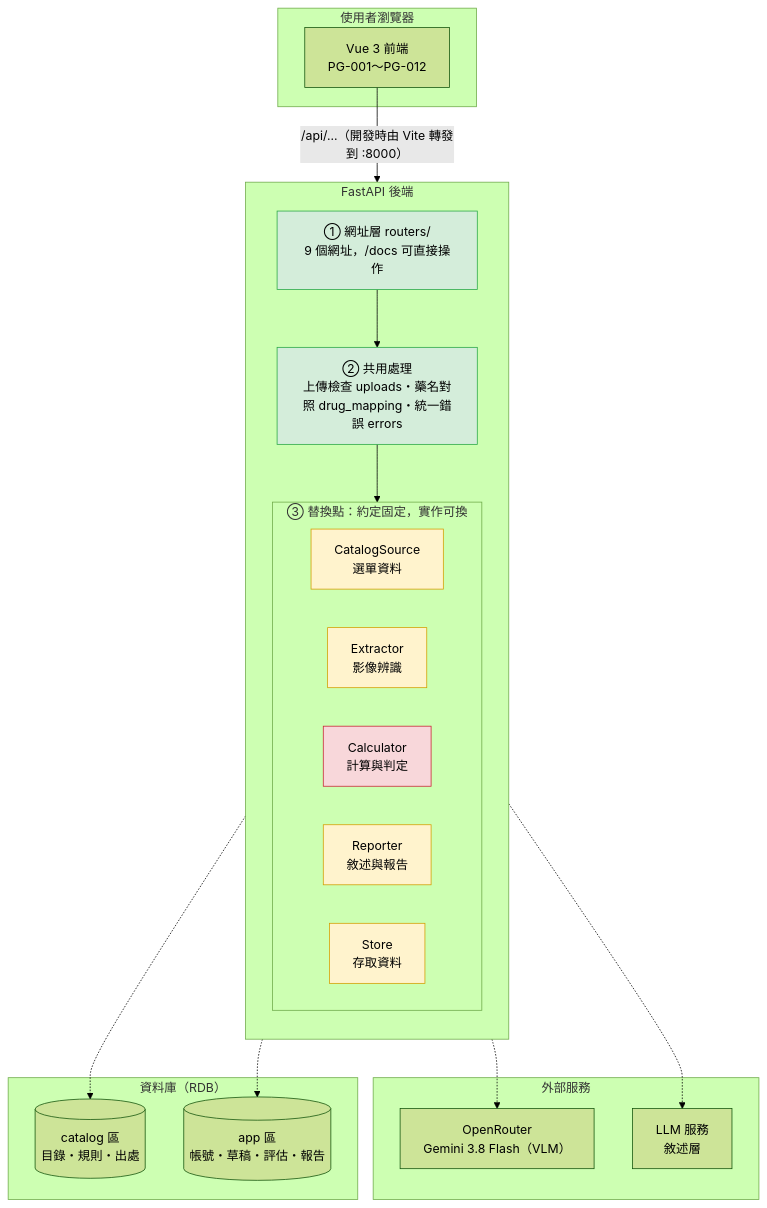
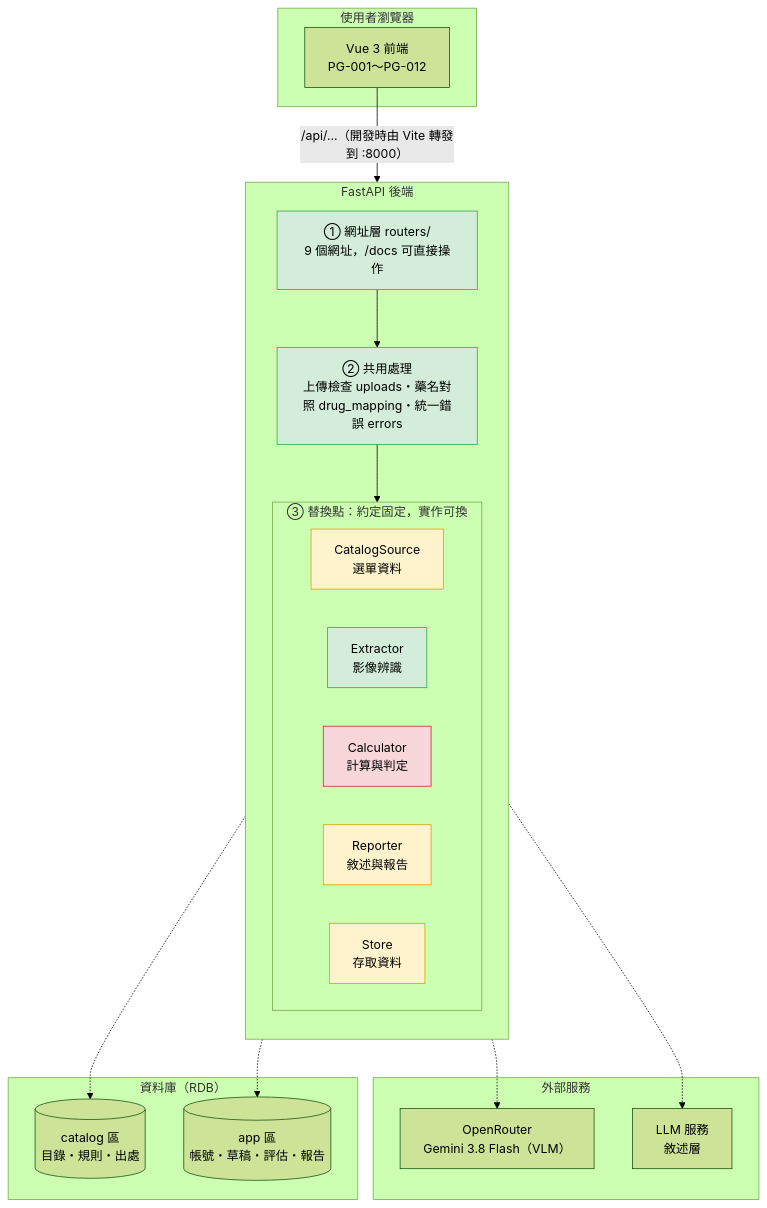
Before and after one commit to polun1210/aipe04_project_g4: the first of 2 diagrams in docs/architecture.md, drawn with Mermaid (forest theme). The commit also changed other lines of this file and 6 other files, not shown here.

````diff
--- a/docs/architecture.md
+++ b/docs/architecture.md
@@ -13,46 +13,46 @@
 ```mermaid
 flowchart TB
     subgraph Browser["使用者瀏覽器"]
         FE["Vue 3 前端<br/>PG-001～PG-012"]
     end
 
     subgraph Backend["FastAPI 後端"]
         direction TB
         R["① 網址層 routers/<br/>9 個網址，/docs 可直接操作"]
         S["② 共用處理<br/>上傳檢查 uploads・藥名對照 drug_mapping・統一錯誤 errors"]
 
         subgraph RP["③ 替換點：約定固定，實作可換"]
             direction LR
             CS["CatalogSource<br/>選單資料"]
             EX["Extractor<br/>影像辨識"]
             CA["Calculator<br/>計算與判定"]
             RE["Reporter<br/>敘述與報告"]
             ST["Store<br/>存取資料"]
         end
 
         R --> S --> RP
     end
 
     subgraph External["外部服務"]
         VLM["OpenRouter<br/>Gemini 3.8 Flash（VLM）"]
         LLM["LLM 服務<br/>敘述層"]
     end
 
     subgraph DB["資料庫（RDB）"]
         CAT[("catalog 區<br/>目錄・規則・出處")]
         APP[("app 區<br/>帳號・草稿・評估・報告")]
     end
 
     FE -- "/api/...（開發時由 Vite 轉發到 :8000）" --> R
     EX -.-> VLM
     RE -.-> LLM
     CS -.-> CAT
     ST -.-> APP
 
     classDef done fill:#d4edda,stroke:#28a745,color:#000
     classDef partial fill:#fff3cd,stroke:#d39e00,color:#000
     classDef todo fill:#f8d7da,stroke:#c82333,color:#000
-    class R,S done
-    class CS,EX,ST,RE partial
+    class R,S,EX done
+    class CS,ST,RE partial
     class CA todo
 ```
````
